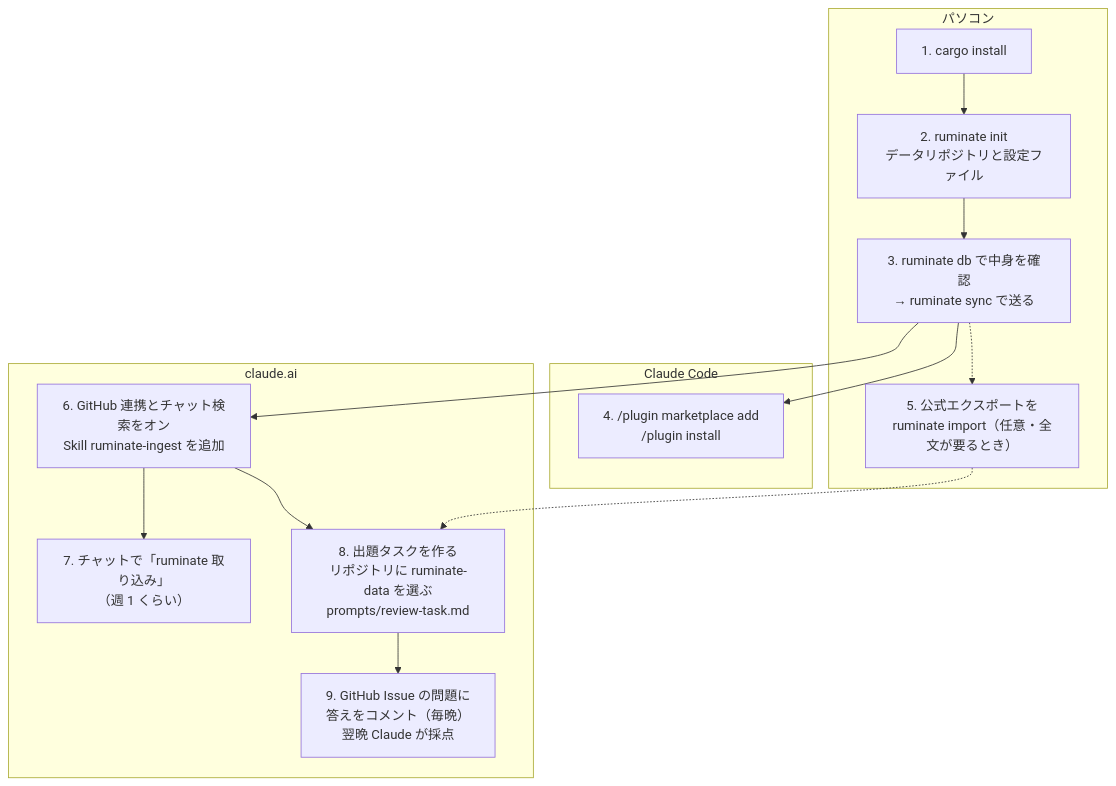
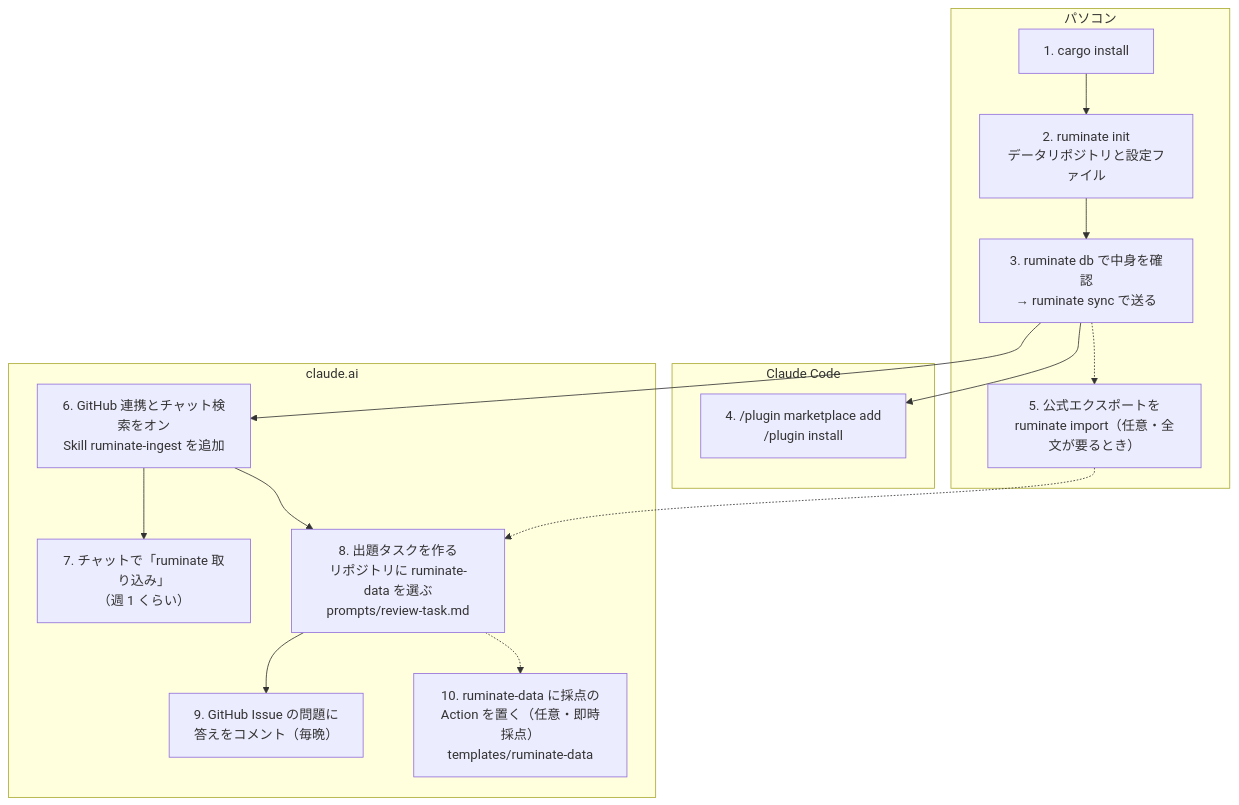
Before and after one commit to futabooo/ruminate: the diagram in README.md, drawn with Mermaid. The commit also changed other lines of this file and 4 other files, not shown here.

First line of the commit message:
Add a grading workflow template for ruminate-data

````diff
--- a/README.md
+++ b/README.md
@@ -29,20 +29,21 @@
 ```mermaid
 flowchart TD
     subgraph pc["パソコン"]
         A["1. cargo install"] --> B["2. ruminate init<br/>データリポジトリと設定ファイル"]
         B --> C["3. ruminate db で中身を確認<br/>→ ruminate sync で送る"]
         C -.-> E["5. 公式エクスポートを<br/>ruminate import（任意・全文が要るとき）"]
     end
     subgraph cc["Claude Code"]
         D["4. /plugin marketplace add<br/>/plugin install"]
     end
     subgraph ai["claude.ai"]
         F["6. GitHub 連携とチャット検索をオン<br/>Skill ruminate-ingest を追加"]
         F --> G["7. チャットで「ruminate 取り込み」<br/>（週 1 くらい）"]
         F --> H["8. 出題タスクを作る<br/>リポジトリに ruminate-data を選ぶ<br/>prompts/review-task.md"]
-        H --> I["9. GitHub Issue の問題に<br/>答えをコメント（毎晩）<br/>翌晩 Claude が採点"]
+        H --> I["9. GitHub Issue の問題に<br/>答えをコメント（毎晩）"]
+        H -.-> J["10. ruminate-data に採点の<br/>Action を置く（任意・即時採点）<br/>templates/ruminate-data"]
     end
     C --> D
     C --> F
     E -.-> H
 ```
````
